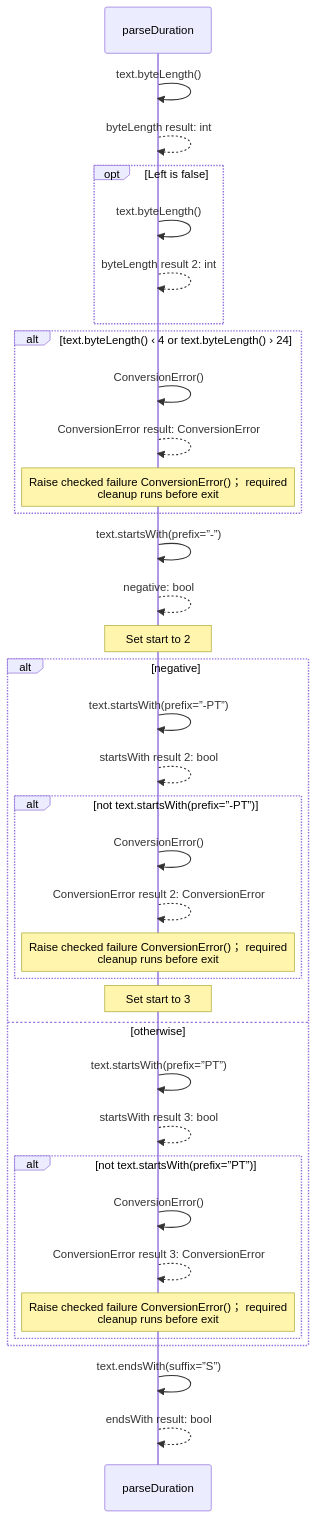
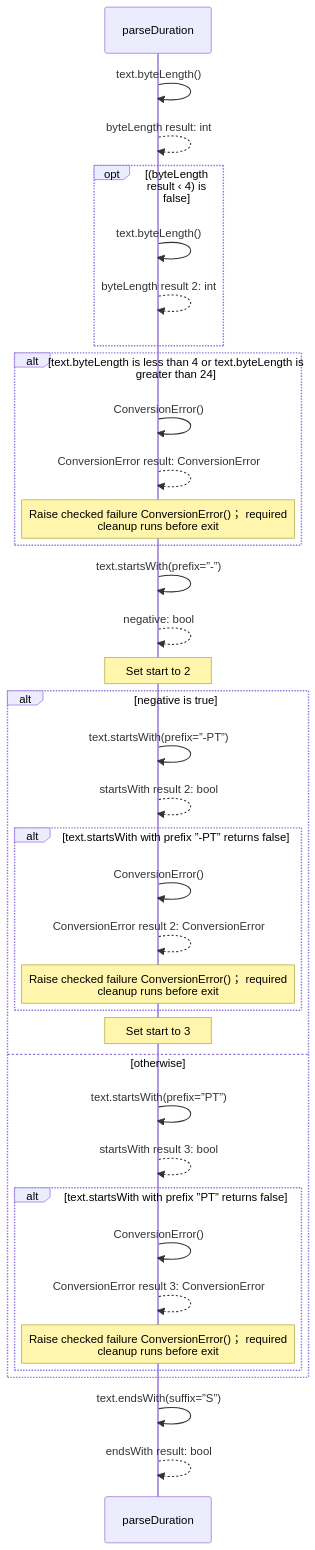
One commit to GreenPandaStudios/augscript changed the first of 8 diagrams in src/stdlib/values/durations.aug.diagrams.md. Above: the diagram before and after it, drawn with Mermaid. The commit also changed other lines of this file and 658 other files, not shown here.

````diff
--- a/src/stdlib/values/durations.aug.diagrams.md
+++ b/src/stdlib/values/durations.aug.diagrams.md
@@ -28,39 +39,39 @@
 ```mermaid
 sequenceDiagram
     participant p0 as parseDuration
 
     p0->>p0: text.byteLength()
     p0-->>p0: byteLength result: int
-    opt Left is false
+    opt (byteLength result ‹ 4) is false
     p0->>p0: text.byteLength()
     p0-->>p0: byteLength result 2: int
     end
-    alt text.byteLength() ‹ 4 or text.byteLength() › 24
+    alt text.byteLength is less than 4 or text.byteLength is<br/>greater than 24
     p0->>p0: ConversionError()
     p0-->>p0: ConversionError result: ConversionError
     Note over p0: Raise checked failure ConversionError()； required<br/>cleanup runs before exit
     end
     p0->>p0: text.startsWith(prefix=”-”)
     p0-->>p0: negative: bool
     Note over p0: Set start to 2
-    alt negative
+    alt negative is true
     p0->>p0: text.startsWith(prefix=”-PT”)
     p0-->>p0: startsWith result 2: bool
-    alt not text.startsWith(prefix=”-PT”)
+    alt text.startsWith with prefix ”-PT” returns false
     p0->>p0: ConversionError()
     p0-->>p0: ConversionError result 2: ConversionError
     Note over p0: Raise checked failure ConversionError()； required<br/>cleanup runs before exit
     end
     Note over p0: Set start to 3
     else otherwise
     p0->>p0: text.startsWith(prefix=”PT”)
     p0-->>p0: startsWith result 3: bool
-    alt not text.startsWith(prefix=”PT”)
+    alt text.startsWith with prefix ”PT” returns false
     p0->>p0: ConversionError()
     p0-->>p0: ConversionError result 3: ConversionError
     Note over p0: Raise checked failure ConversionError()； required<br/>cleanup runs before exit
     end
     end
     p0->>p0: text.endsWith(suffix=”S”)
     p0-->>p0: endsWith result: bool
 ```
````
